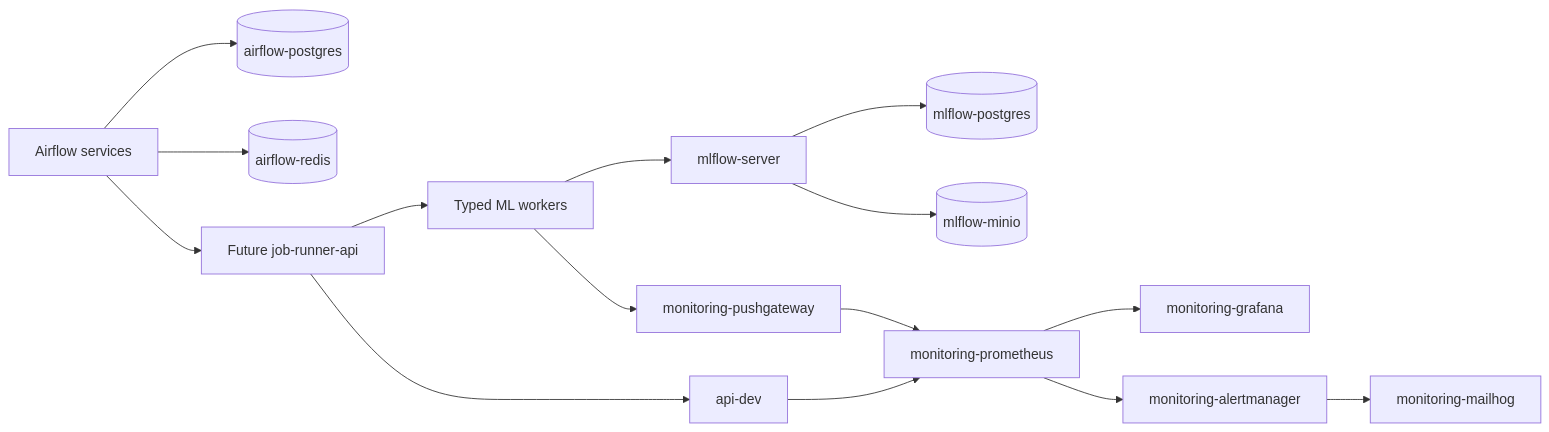
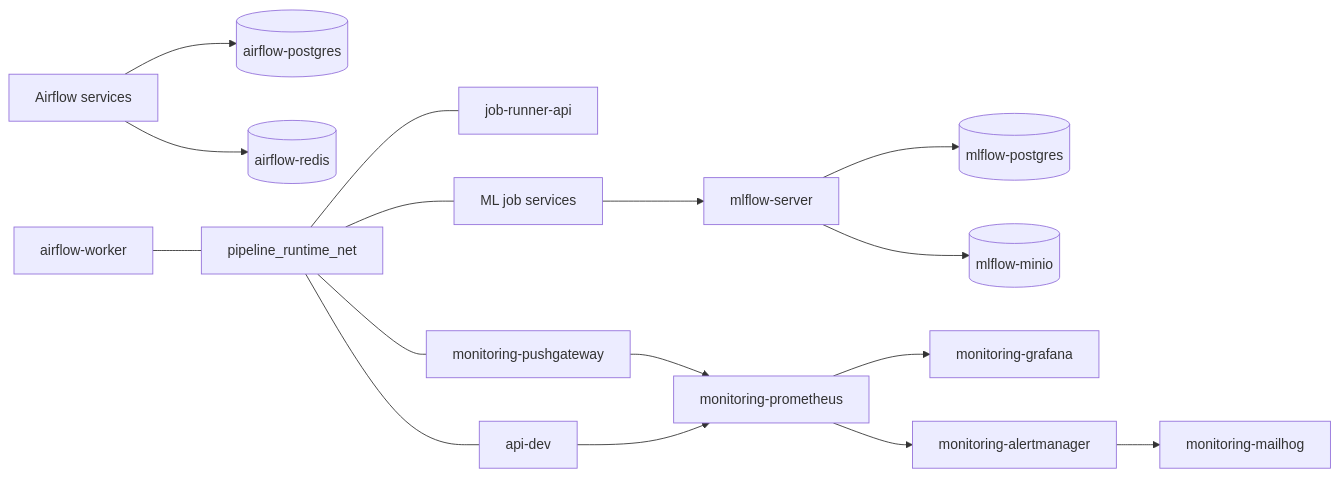
One commit to zheddhe/avr25-mle-trafic-cycliste changed the diagram in docs/architecture-references/local-prod-network-topology.md. Above: the diagram before and after it, drawn with Mermaid. The commit also changed other lines of this file and 9 other files, not shown here.

Commit message:
docs: align runner API documentation boundaries

````diff
--- a/docs/architecture-references/local-prod-network-topology.md
+++ b/docs/architecture-references/local-prod-network-topology.md
@@ -136,19 +118,21 @@
 ```mermaid
 flowchart LR
     airflow[Airflow services] --> airflow_db[(airflow-postgres)]
     airflow --> airflow_redis[(airflow-redis)]
-    airflow --> runner[Future job-runner-api]
-    runner --> api[api-dev]
-    runner --> jobs[Typed ML workers]
+    airflow_worker[airflow-worker] --- pipeline[pipeline_runtime_net]
+
+    pipeline --- runner[job-runner-api]
+    pipeline --- api[api-dev]
+    pipeline --- jobs[ML job services]
+    pipeline --- pushgateway[monitoring-pushgateway]
 
     jobs --> mlflow[mlflow-server]
     mlflow --> mlflow_db[(mlflow-postgres)]
     mlflow --> minio[(mlflow-minio)]
 
-    jobs --> pushgateway[monitoring-pushgateway]
     pushgateway --> prometheus[monitoring-prometheus]
     api --> prometheus
     prometheus --> grafana[monitoring-grafana]
     prometheus --> alertmanager[monitoring-alertmanager]
     alertmanager --> mailhog[monitoring-mailhog]
 ```
````
